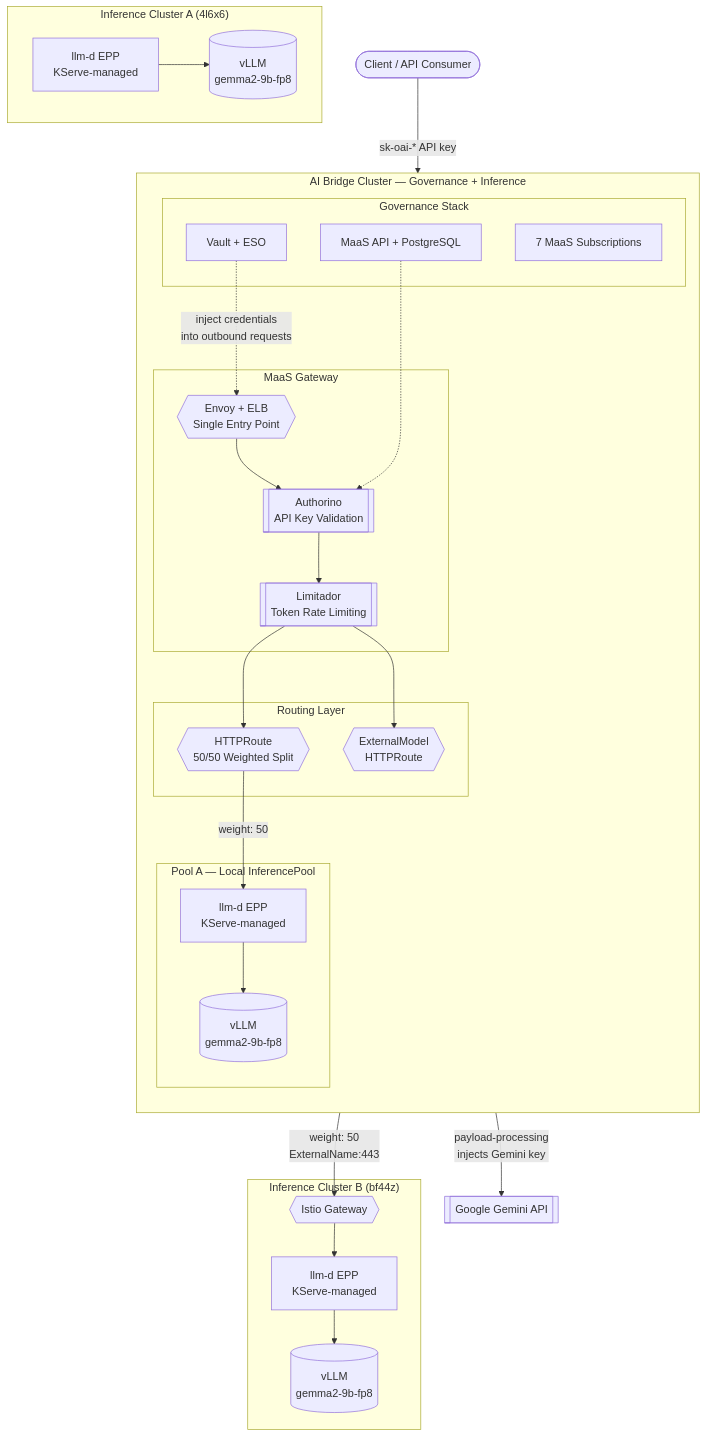
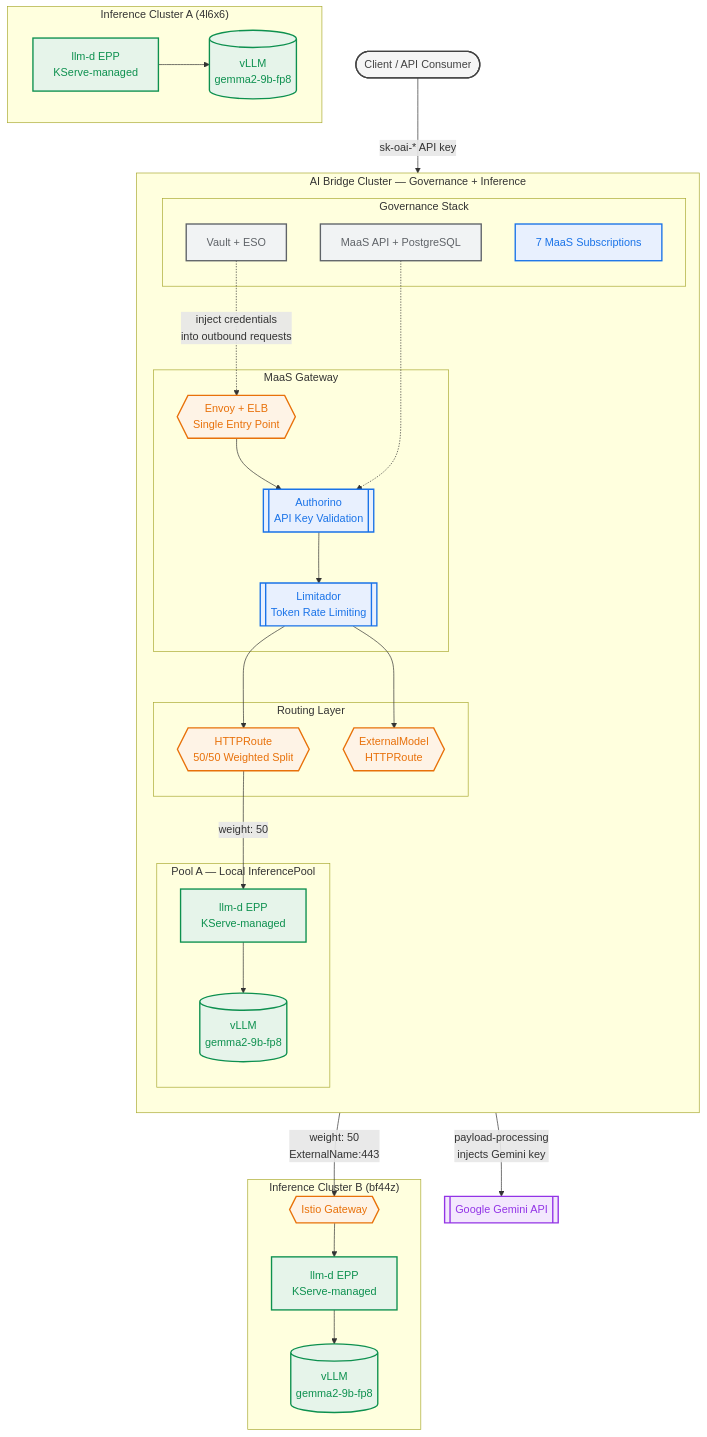
The first of 3 diagrams in docs/customer2-demo-narrative.md (rrbanda/maas-demo), drawn with Mermaid before and after one commit. The commit also changed other lines of this file, not shown here.

Commit message:
Add professional color styling to all mermaid diagrams
Consistent color scheme across all diagrams:
- Blue: Governance (Authorino, Limitador, Subscriptions)
- Orange: Routing (HTTPRoute, Gateway, ExternalModel route)
- Green: Inference (llm-d EPP, vLLM pods)
- Purple: External providers (Gemini)
- Gray: Infrastructure (Vault, PostgreSQL, ESO)

Sequence diagram uses colored box groups matching the same palette.
All colors render on GitHub's mermaid renderer.

````diff
--- a/docs/customer2-demo-narrative.md
+++ b/docs/customer2-demo-narrative.md
@@ -71,59 +71,66 @@
 ```mermaid
 flowchart TB
-    Client(["Client / API Consumer"])
+    Client(["Client / API Consumer"]):::client
 
     subgraph bridge ["AI Bridge Cluster — Governance + Inference"]
         direction TB
 
         subgraph gateway ["MaaS Gateway"]
-            GW{{"Envoy + ELB<br/>Single Entry Point"}}
-            Auth[["Authorino<br/>API Key Validation"]]
-            Lim[["Limitador<br/>Token Rate Limiting"]]
+            GW{{"Envoy + ELB<br/>Single Entry Point"}}:::routing
+            Auth[["Authorino<br/>API Key Validation"]]:::governance
+            Lim[["Limitador<br/>Token Rate Limiting"]]:::governance
         end
 
         subgraph routing ["Routing Layer"]
-            HTTPRoute{{"HTTPRoute<br/>50/50 Weighted Split"}}
-            ExRoute{{"ExternalModel<br/>HTTPRoute"}}
+            HTTPRoute{{"HTTPRoute<br/>50/50 Weighted Split"}}:::routing
+            ExRoute{{"ExternalModel<br/>HTTPRoute"}}:::routing
         end
 
         subgraph localPool ["Pool A — Local InferencePool"]
-            EPP_local["llm-d EPP<br/>KServe-managed"]
-            vLLM_local[("vLLM<br/>gemma2-9b-fp8")]
+            EPP_local["llm-d EPP<br/>KServe-managed"]:::inference
+            vLLM_local[("vLLM<br/>gemma2-9b-fp8")]:::inference
             EPP_local --> vLLM_local
         end
 
         subgraph govStack ["Governance Stack"]
-            MaaSAPI["MaaS API + PostgreSQL"]
-            Vault["Vault + ESO"]
-            Subs["7 MaaS Subscriptions"]
+            MaaSAPI["MaaS API + PostgreSQL"]:::infra
+            Vault["Vault + ESO"]:::infra
+            Subs["7 MaaS Subscriptions"]:::governance
         end
 
         GW --> Auth
         Auth --> Lim
         Lim --> HTTPRoute
         Lim --> ExRoute
         HTTPRoute -->|"weight: 50"| EPP_local
         MaaSAPI -.-> Auth
         Vault -.->|"inject credentials<br/>into outbound requests"| GW
     end
 
     subgraph clusterB ["Inference Cluster B (bf44z)"]
-        GW_B{{"Istio Gateway"}}
-        EPP_B["llm-d EPP<br/>KServe-managed"]
-        vLLM_B[("vLLM<br/>gemma2-9b-fp8")]
+        GW_B{{"Istio Gateway"}}:::routing
+        EPP_B["llm-d EPP<br/>KServe-managed"]:::inference
+        vLLM_B[("vLLM<br/>gemma2-9b-fp8")]:::inference
         GW_B --> EPP_B
         EPP_B --> vLLM_B
     end
 
     subgraph clusterA ["Inference Cluster A (4l6x6)"]
-        EPP_A["llm-d EPP<br/>KServe-managed"]
-        vLLM_A[("vLLM<br/>gemma2-9b-fp8")]
+        EPP_A["llm-d EPP<br/>KServe-managed"]:::inference
+        vLLM_A[("vLLM<br/>gemma2-9b-fp8")]:::inference
         EPP_A --> vLLM_A
     end
 
-    Gemini[["Google Gemini API"]]
+    Gemini[["Google Gemini API"]]:::external
 
     Client -->|"sk-oai-* API key"| GW
     HTTPRoute -->|"weight: 50<br/>ExternalName:443"| GW_B
     ExRoute -->|"payload-processing<br/>injects Gemini key"| Gemini
+
+    classDef client fill:#f5f5f5,stroke:#424242,stroke-width:2px,color:#424242
+    classDef governance fill:#e8f0fe,stroke:#1a73e8,stroke-width:2px,color:#1a73e8
+    classDef routing fill:#fef3e6,stroke:#e8710a,stroke-width:2px,color:#e8710a
+    classDef inference fill:#e6f4ea,stroke:#0d904f,stroke-width:2px,color:#0d904f
+    classDef external fill:#f3e8fd,stroke:#9334e6,stroke-width:2px,color:#9334e6
+    classDef infra fill:#f1f3f4,stroke:#5f6368,stroke-width:2px,color:#5f6368
 ```
````
